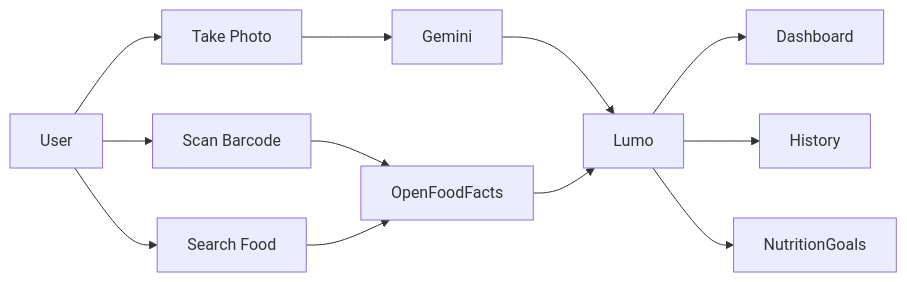
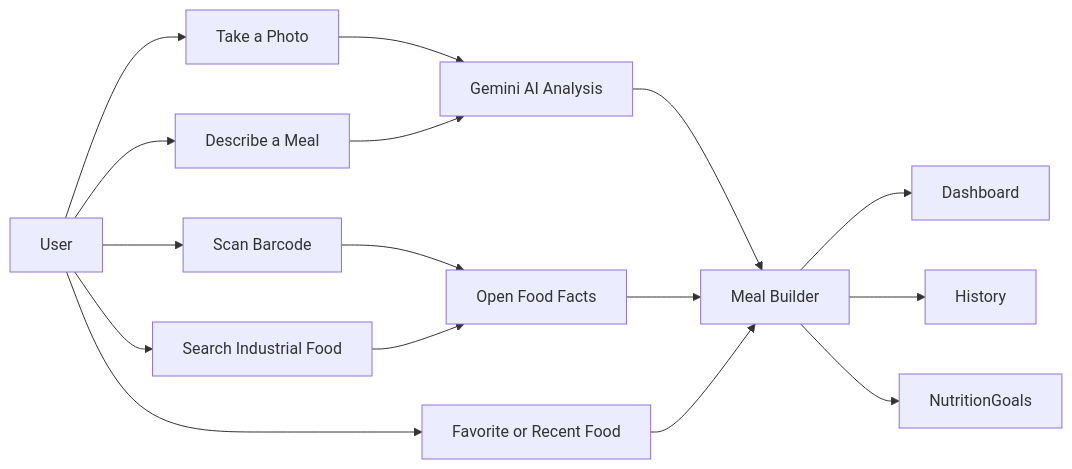
The first of 2 diagrams in README.md (LM141220/calorie-tracker-ai), drawn with Mermaid before and after one commit. The commit also changed other lines of this file, not shown here.

````diff
--- a/README.md
+++ b/README.md
@@ -63,20 +65,28 @@
 ```mermaid
 flowchart LR
 
 User[User]
 
-User --> Photo[Take Photo]
+User --> Photo[Take a Photo]
+User --> Prompt[Describe a Meal]
 User --> Barcode[Scan Barcode]
-User --> Search[Search Food]
+User --> Search[Search Industrial Food]
+User --> Favorite[Favorite or Recent Food]
 
-Photo --> Gemini
-Barcode --> OpenFoodFacts
-Search --> OpenFoodFacts
+Photo --> AI
+Prompt --> AI
 
-Gemini --> Lumo
-OpenFoodFacts --> Lumo
+Barcode --> OFF
+Search --> OFF
 
-Lumo --> Dashboard
-Lumo --> History
-Lumo --> NutritionGoals
+AI[Gemini AI Analysis]
+OFF[Open Food Facts]
+
+AI --> MealBuilder[Meal Builder]
+OFF --> MealBuilder
+Favorite --> MealBuilder
+
+MealBuilder --> Dashboard
+MealBuilder --> History
+MealBuilder --> NutritionGoals
 ```
````
